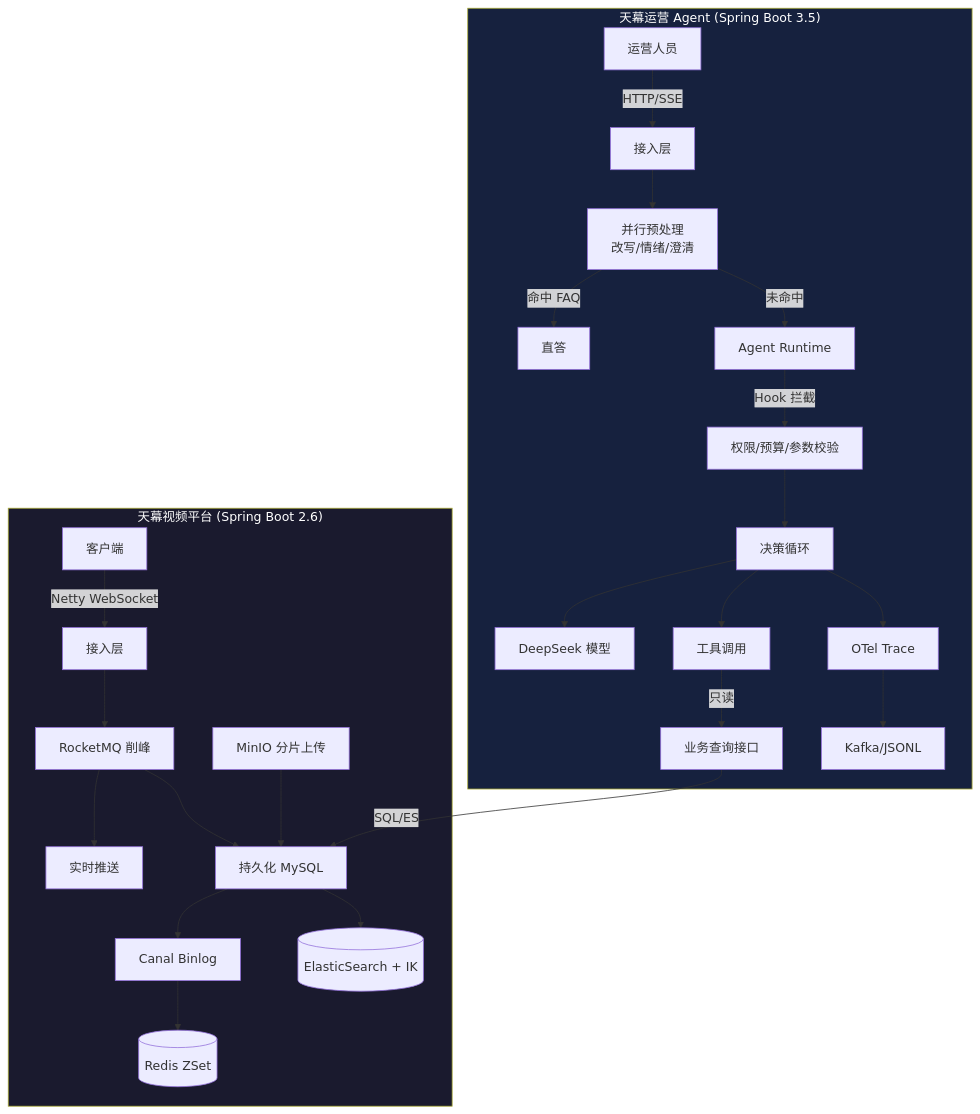
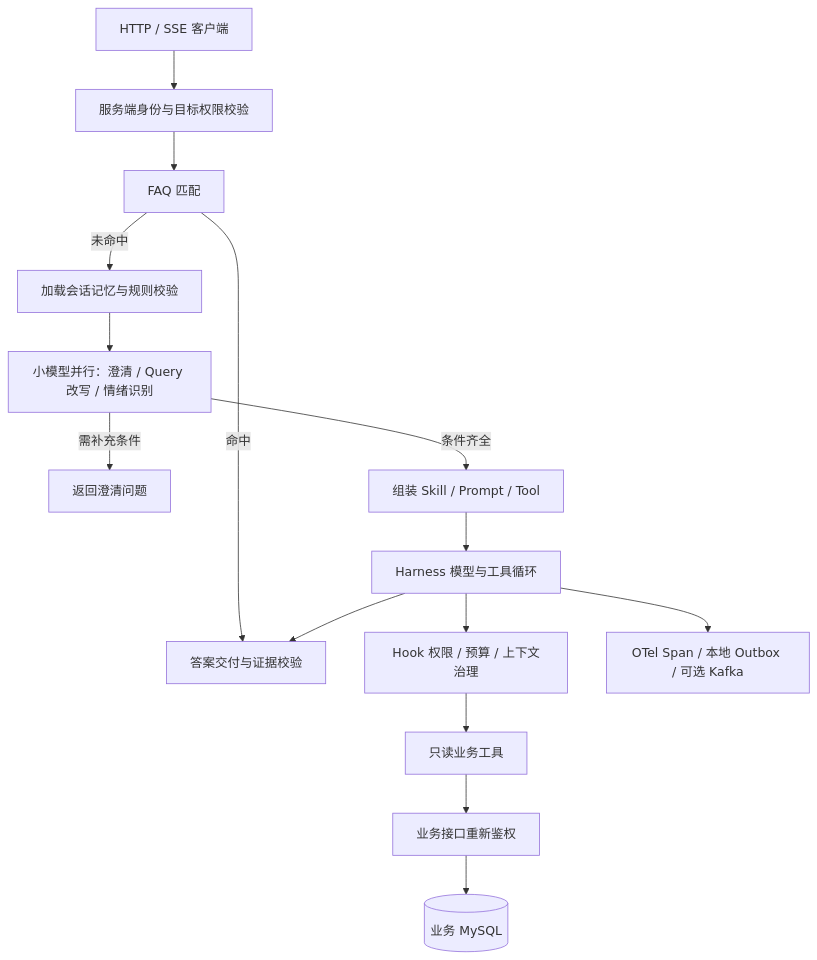
The diagram in README.md (blackirlsama/DokiTV), drawn with Mermaid before and after one commit. The commit also changed other lines of this file and 84 other files, not shown here.

````diff
--- a/README.md
+++ b/README.md
@@ -21,31 +58,17 @@
 ```mermaid
-flowchart TB
-    subgraph 视频平台["天幕视频平台 (Spring Boot 2.6)"]
-        Client[客户端] -->|Netty WebSocket| Gateway[接入层]
-        Gateway --> MQ[RocketMQ 削峰]
-        MQ --> Push[实时推送]
-        MQ --> Persist[持久化 MySQL]
-        Persist --> Canal[Canal Binlog]
-        Canal --> Redis[(Redis ZSet)]
-        Persist --> ES[(ElasticSearch + IK)]
-        Upload[MinIO 分片上传] --> Persist
-    end
-
-    subgraph Agent["天幕运营 Agent (Spring Boot 3.5)"]
-        User[运营人员] -->|HTTP/SSE| API[接入层]
-        API --> Preprocess[并行预处理<br/>改写/情绪/澄清]
-        Preprocess -->|命中 FAQ| Direct[直答]
-        Preprocess -->|未命中| Runtime[Agent Runtime]
-        Runtime -->|Hook 拦截| Gate[权限/预算/参数校验]
-        Gate --> Loop[决策循环]
-        Loop --> Model[DeepSeek 模型]
-        Loop --> Tool[工具调用]
-        Tool -->|只读| Query[业务查询接口]
-        Query -->|SQL/ES| Persist
-        Loop --> Trace[OTel Trace]
-        Trace --> Kafka[Kafka/JSONL]
-    end
-
-    style 视频平台 fill:#1a1a2e,color:#fff
-    style Agent fill:#16213e,color:#fff
+flowchart TD
+    Client[HTTP / SSE 客户端] --> Identity[服务端身份与目标权限校验]
+    Identity --> FAQ[FAQ 匹配]
+    FAQ -->|命中| Delivery[答案交付与证据校验]
+    FAQ -->|未命中| Memory[加载会话记忆与规则校验]
+    Memory --> Parallel[小模型并行：澄清 / Query 改写 / 情绪识别]
+    Parallel -->|需补充条件| Clarify[返回澄清问题]
+    Parallel -->|条件齐全| Assemble[组装 Skill / Prompt / Tool]
+    Assemble --> Loop[Harness 模型与工具循环]
+    Loop --> Hook[Hook 权限 / 预算 / 上下文治理]
+    Hook --> Tool[只读业务工具]
+    Tool --> Bridge[业务接口重新鉴权]
+    Bridge --> DB[(业务 MySQL)]
+    Loop --> Delivery
+    Loop --> Trace[OTel Span / 本地 Outbox / 可选 Kafka]
 ```
````
